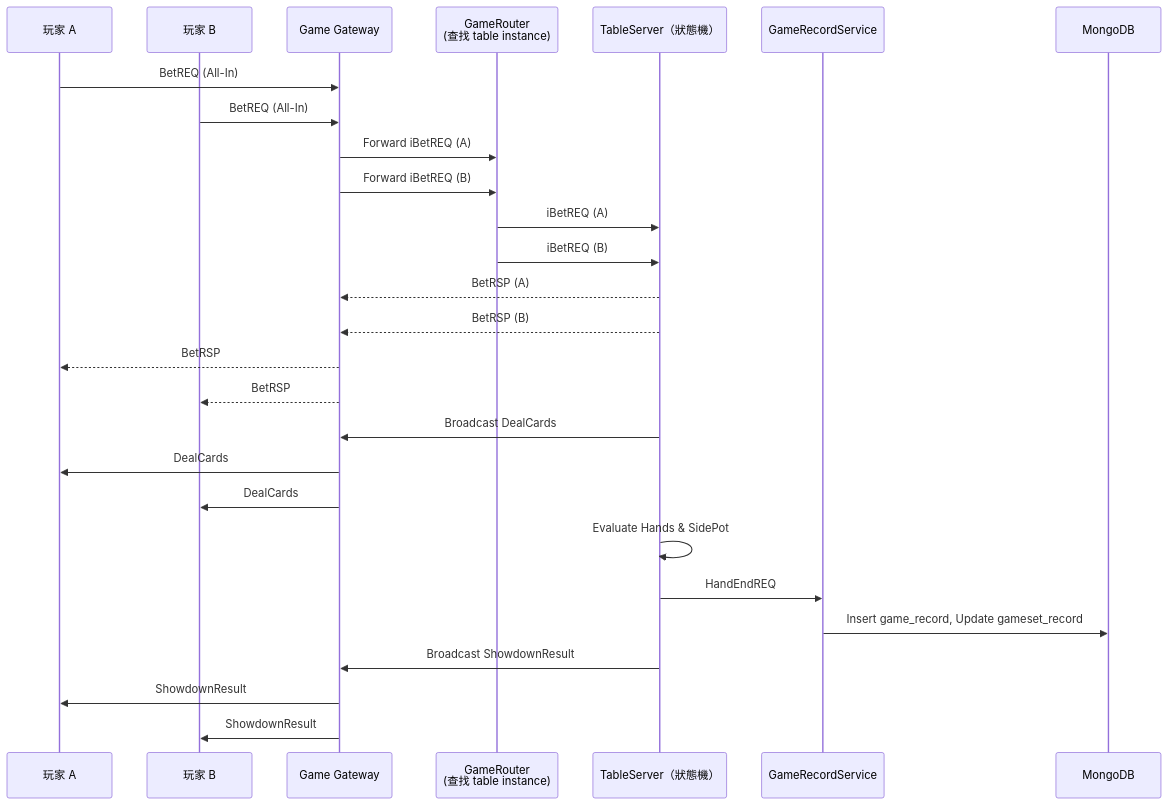
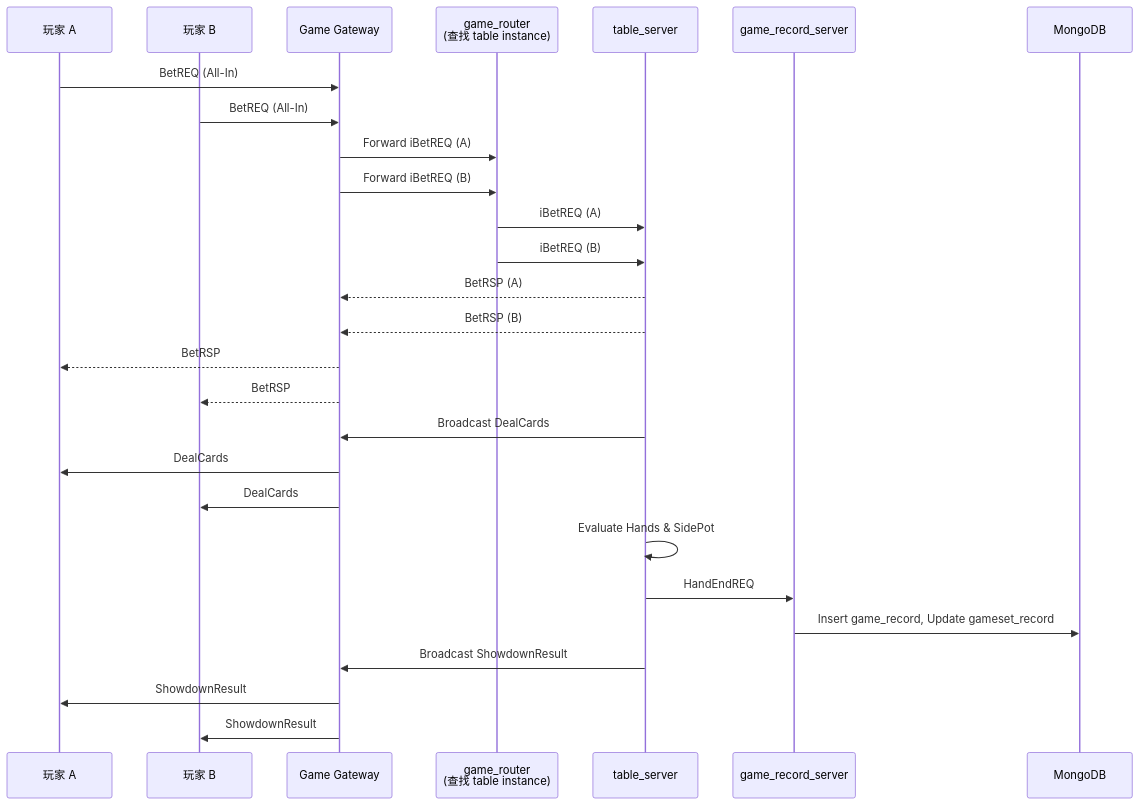
Before and after one commit to leeisman/poker_architecture: the diagram in bet_ref_for_all_in.md, drawn with Mermaid. The commit also changed other lines of this file and 12 other files, not shown here.

````diff
--- a/bet_ref_for_all_in.md
+++ b/bet_ref_for_all_in.md
@@ -17,45 +17,45 @@
 ```mermaid
 sequenceDiagram
     participant Client1 as 玩家 A
     participant Client2 as 玩家 B
     participant Gateway as Game Gateway
-    participant Router as GameRouter<br/>(查找 table instance)
-    participant Table as TableServer（狀態機）
-    participant Record as GameRecordService
+    participant Router as game_router<br/>(查找 table instance)
+    participant Table as table_server
+    participant Record as game_record_server
     participant Mongo as MongoDB
 
     %% 玩家 A、B All-In 發起請求
     Client1->>Gateway: BetREQ (All-In)
     Client2->>Gateway: BetREQ (All-In)
 
     %% Gateway 轉交至 Router（指令路由）
     Gateway->>Router: Forward iBetREQ (A)
     Gateway->>Router: Forward iBetREQ (B)
 
-    %% Router 查表位，找到 TableServer 實體，直接轉發
+    %% Router 查表位，找到 table_server 實體，直接轉發
     Router->>Table: iBetREQ (A)
     Router->>Table: iBetREQ (B)
 
-    %% TableServer 成功處理，直接回應 Gateway
+    %% table_server 成功處理，直接回應 Gateway
     Table-->>Gateway: BetRSP (A)
     Table-->>Gateway: BetRSP (B)
     Gateway-->>Client1: BetRSP
     Gateway-->>Client2: BetRSP
 
     %% B: Broadcast 發牌流程（翻牌 Turn River）
     Table->>Gateway: Broadcast DealCards
     Gateway->>Client1: DealCards
     Gateway->>Client2: DealCards
 
     %% R: Resolve 勝負 + Side Pot 分配
     Table->>Table: Evaluate Hands & SidePot
 
     %% C: Commit 結果 → 寫入紀錄服務
     Table->>Record: HandEndREQ
     Record->>Mongo: Insert game_record, Update gameset_record
 
     %% 回傳結果
     Table->>Gateway: Broadcast ShowdownResult
     Gateway->>Client1: ShowdownResult
     Gateway->>Client2: ShowdownResult
 ```
````
